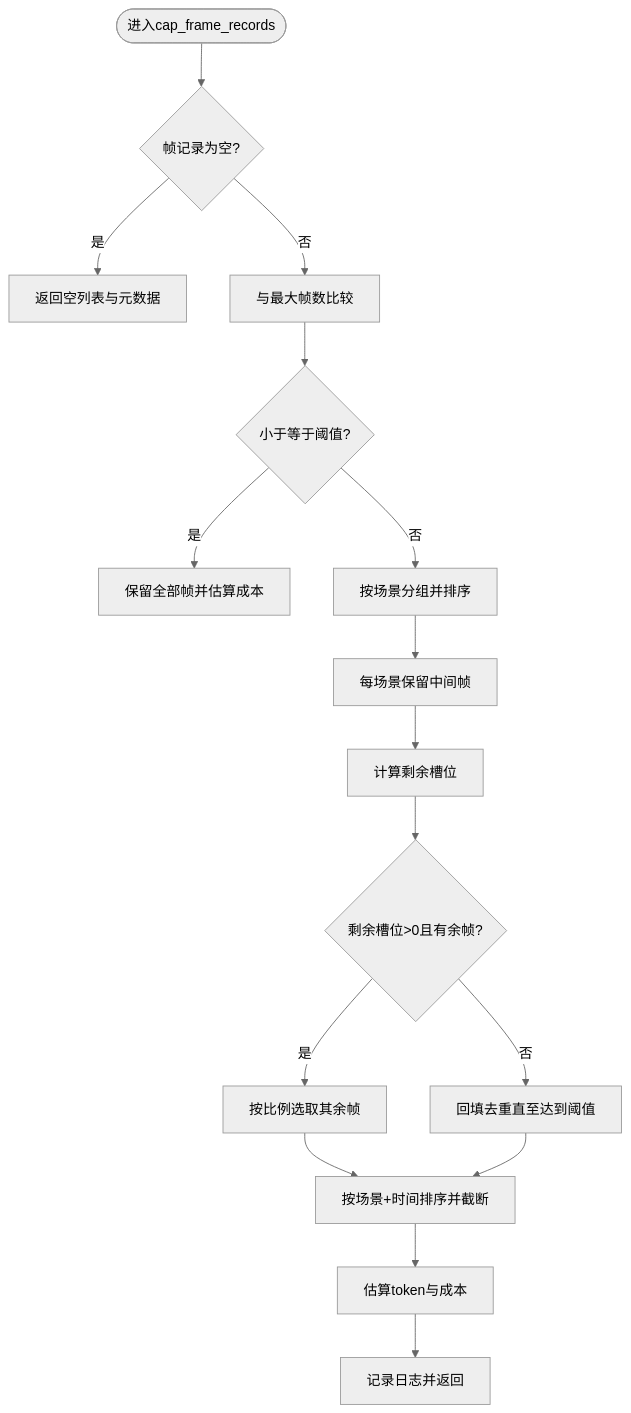
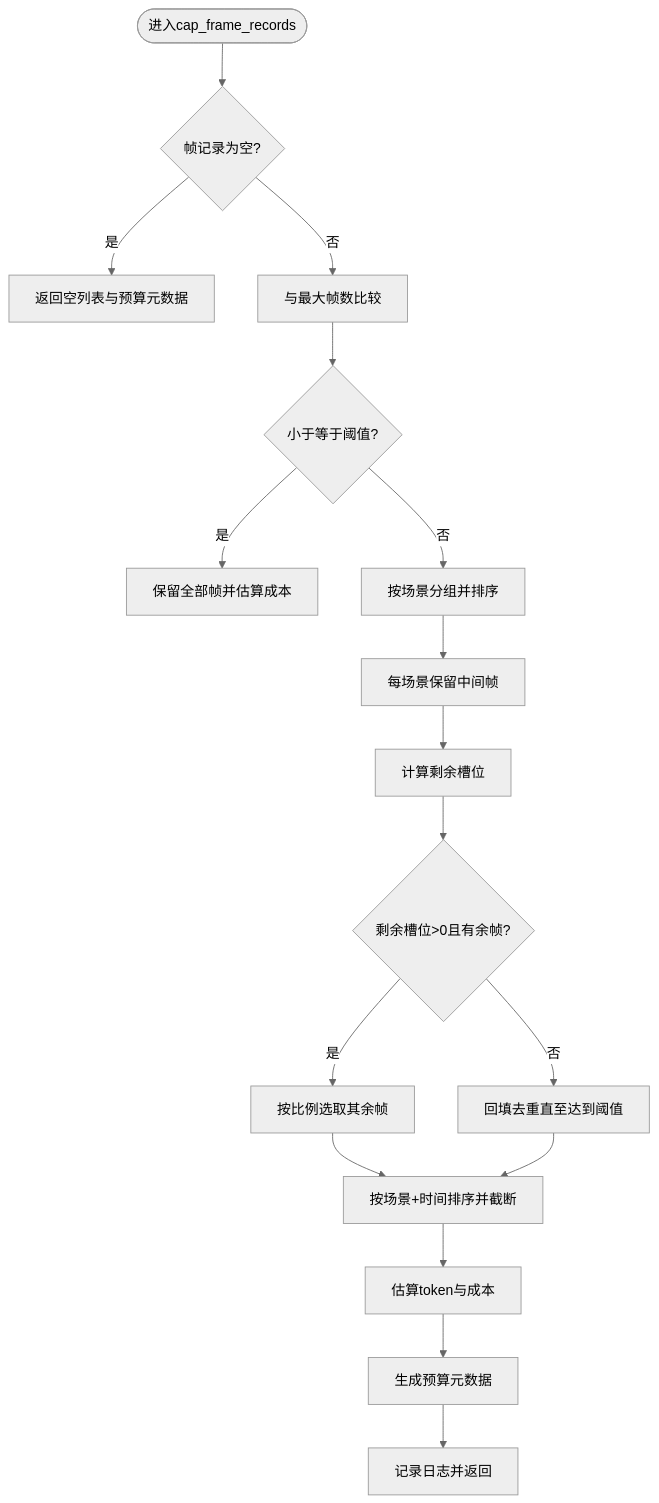
The third of 6 diagrams in .qoder/repowiki/zh/content/API参考/成本控制API.md (wowoduang/AIVideoClaude), drawn with Mermaid (neutral theme) before and after one commit. The commit also changed other lines of this file and 26 other files, not shown here.

````diff
--- a/.qoder/repowiki/zh/content/API参考/成本控制API.md
+++ b/.qoder/repowiki/zh/content/API参考/成本控制API.md
@@ -160,18 +183,19 @@
 ```mermaid
 flowchart TD
 Start(["进入cap_frame_records"]) --> CheckEmpty{"帧记录为空?"}
-CheckEmpty --> |是| ReturnEmpty["返回空列表与元数据"]
+CheckEmpty --> |是| ReturnEmpty["返回空列表与预算元数据"]
 CheckEmpty --> |否| Compare["与最大帧数比较"]
 Compare --> Within{"小于等于阈值?"}
 Within --> |是| KeepAll["保留全部帧并估算成本"]
 Within --> |否| Group["按场景分组并排序"]
 Group --> KeepOnePerScene["每场景保留中间帧"]
 KeepOnePerScene --> ComputeRemain["计算剩余槽位"]
 ComputeRemain --> Distribute{"剩余槽位>0且有余帧?"}
 Distribute --> |是| Proportional["按比例选取其余帧"]
 Distribute --> |否| Backfill["回填去重直至达到阈值"]
 Proportional --> SortFinal["按场景+时间排序并截断"]
 Backfill --> SortFinal
 SortFinal --> Estimate["估算token与成本"]
-Estimate --> Log["记录日志并返回"]
+Estimate --> Meta["生成预算元数据"]
+Meta --> Log["记录日志并返回"]
 ```
````
